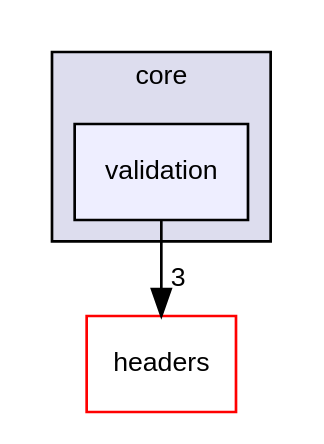
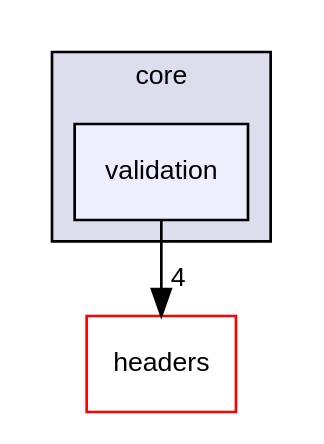
One commit to nathan-rabet/PEPITAS-Cryptocurrency changed the diagram in docs/documentation/dir_02e4286cd8fc73887ce4e95076b6496b_dep.dot. Above: the diagram before and after it, drawn with Graphviz. The commit also changed 1013 other files, not shown here.

```diff
--- a/docs/documentation/dir_02e4286cd8fc73887ce4e95076b6496b_dep.dot
+++ b/docs/documentation/dir_02e4286cd8fc73887ce4e95076b6496b_dep.dot
@@ -1,11 +1,11 @@
 digraph "/home/runner/work/PEPITAS-Cryptocurrency/PEPITAS-Cryptocurrency/src/core/validation" {
   compound=true
   node [ fontsize="10", fontname="Helvetica"];
   edge [ labelfontsize="10", labelfontname="Helvetica"];
   subgraph clusterdir_aebb8dcc11953d78e620bbef0b9e2183 {
     graph [ bgcolor="#ddddee", pencolor="black", label="core" fontname="Helvetica", fontsize="10", URL="dir_aebb8dcc11953d78e620bbef0b9e2183.html"]
   dir_02e4286cd8fc73887ce4e95076b6496b [shape=box, label="validation", style="filled", fillcolor="#eeeeff", pencolor="black", URL="dir_02e4286cd8fc73887ce4e95076b6496b.html"];
   }
   dir_7f57b1e41c5acd0e859ae5f3a2b075a9 [shape=box label="headers" fillcolor="white" style="filled" color="red" URL="dir_7f57b1e41c5acd0e859ae5f3a2b075a9.html"];
-  dir_02e4286cd8fc73887ce4e95076b6496b->dir_7f57b1e41c5acd0e859ae5f3a2b075a9 [headlabel="3", labeldistance=1.5 headhref="dir_000014_000000.html"];
+  dir_02e4286cd8fc73887ce4e95076b6496b->dir_7f57b1e41c5acd0e859ae5f3a2b075a9 [headlabel="4", labeldistance=1.5 headhref="dir_000014_000000.html"];
 }
```
